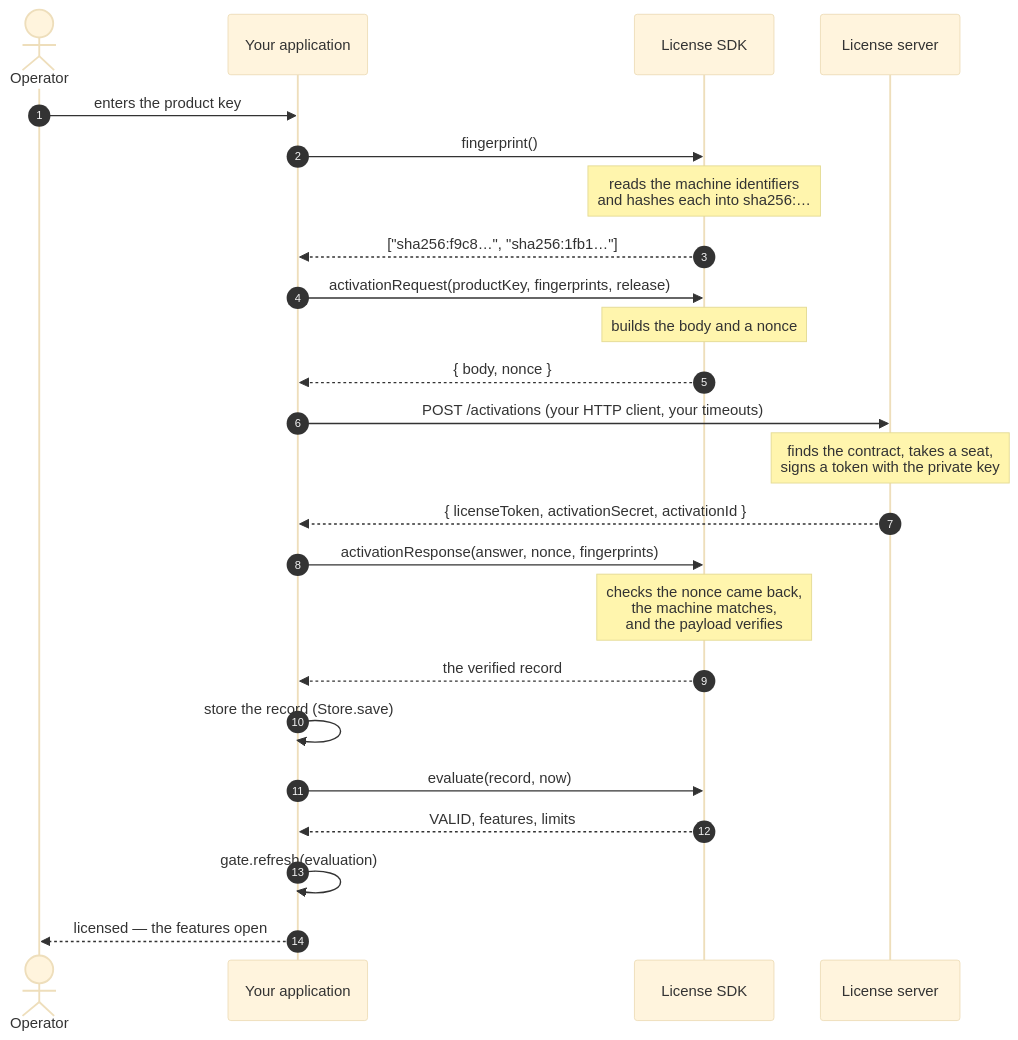
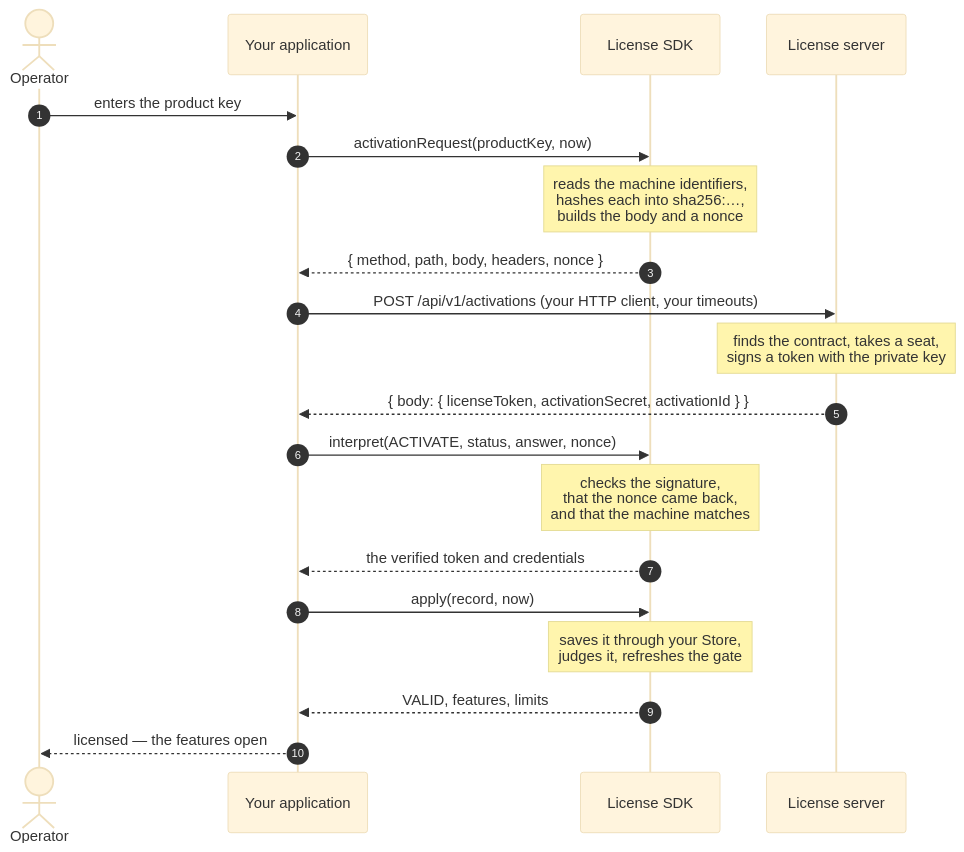
One commit to accesscore-dev/accesscore-license-sdk-dist changed the first of 7 diagrams in docs/manual/en/concepts.md. Above: the diagram before and after it, drawn with Mermaid (base theme). The commit also changed other lines of this file and 28 other files, not shown here.

````diff
--- a/docs/manual/en/concepts.md
+++ b/docs/manual/en/concepts.md
@@ -75,31 +81,26 @@
 ```mermaid
 sequenceDiagram
     autonumber
     actor Op as Operator
     participant App as Your application
     participant SDK as License SDK
     participant Srv as License server
 
     Op->>App: enters the product key
-    App->>SDK: fingerprint()
-    Note over SDK: reads the machine identifiers<br/>and hashes each into sha256:…
-    SDK-->>App: ["sha256:f9c8…", "sha256:1fb1…"]
+    App->>SDK: activationRequest(productKey, now)
+    Note over SDK: reads the machine identifiers,<br/>hashes each into sha256:…,<br/>builds the body and a nonce
+    SDK-->>App: { method, path, body, headers, nonce }
 
-    App->>SDK: activationRequest(productKey, fingerprints, release)
-    Note over SDK: builds the body and a nonce
-    SDK-->>App: { body, nonce }
+    App->>Srv: POST /api/v1/activations  (your HTTP client, your timeouts)
+    Note over Srv: finds the contract, takes a seat,<br/>signs a token with the private key
+    Srv-->>App: { body: { licenseToken, activationSecret, activationId } }
 
-    App->>Srv: POST /activations  (your HTTP client, your timeouts)
-    Note over Srv: finds the contract, takes a seat,<br/>signs a token with the private key
-    Srv-->>App: { licenseToken, activationSecret, activationId }
+    App->>SDK: interpret(ACTIVATE, status, answer, nonce)
+    Note over SDK: checks the signature,<br/>that the nonce came back,<br/>and that the machine matches
+    SDK-->>App: the verified token and credentials
 
-    App->>SDK: activationResponse(answer, nonce, fingerprints)
-    Note over SDK: checks the nonce came back,<br/>the machine matches,<br/>and the payload verifies
-    SDK-->>App: the verified record
-
-    App->>App: store the record (Store.save)
-    App->>SDK: evaluate(record, now)
+    App->>SDK: apply(record, now)
+    Note over SDK: saves it through your Store,<br/>judges it, refreshes the gate
     SDK-->>App: VALID, features, limits
-    App->>App: gate.refresh(evaluation)
     App-->>Op: licensed — the features open
 ```
````
